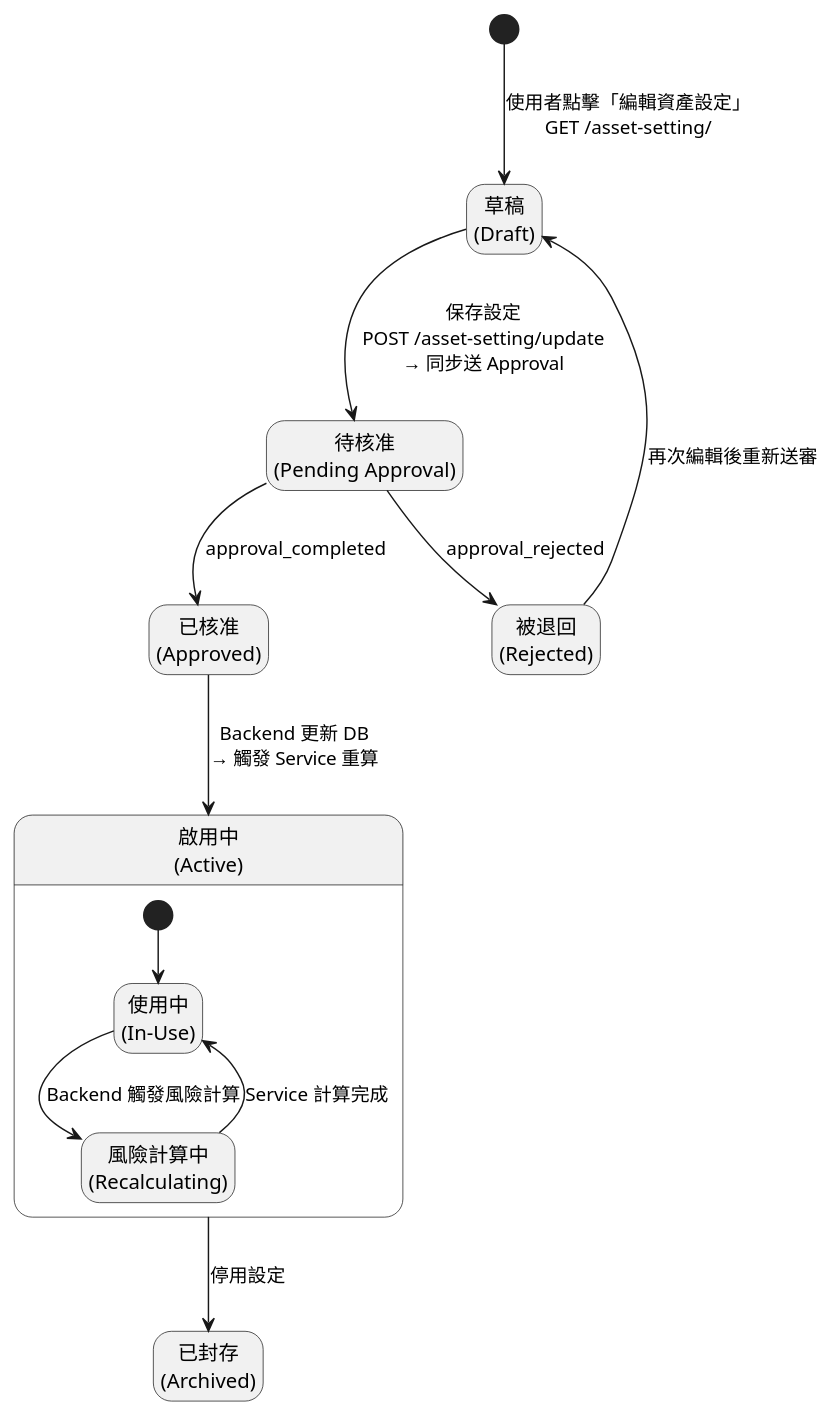
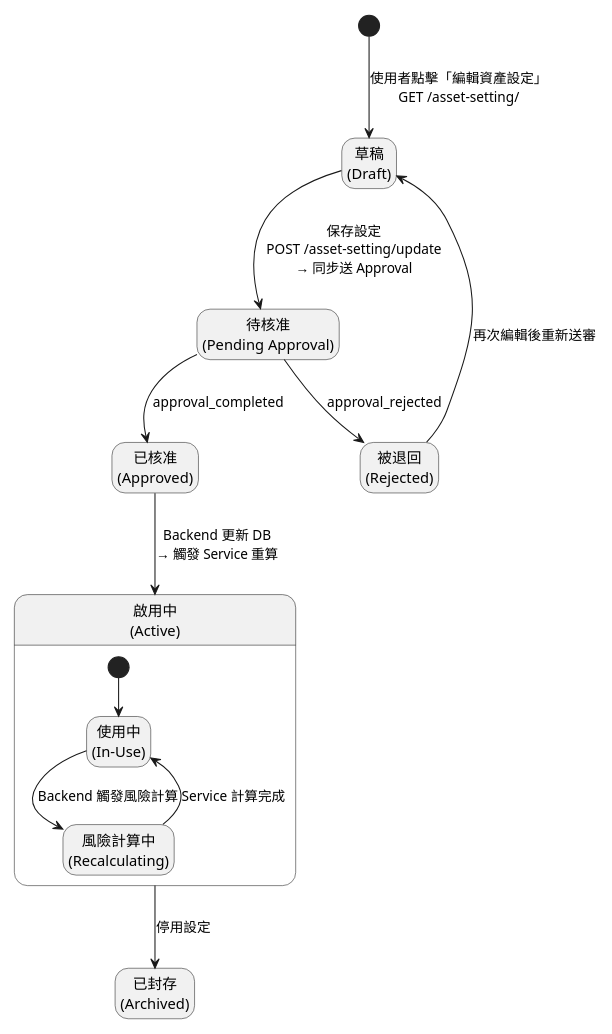
The diagram in plantUML/state/asset_setting.puml (walle45611/NTUB_SecuManag_Diagram), drawn with PlantUML before and after one commit.

Commit message:
調整狀態機圖，新增縮放設定

```diff
--- a/plantUML/state/asset_setting.puml
+++ b/plantUML/state/asset_setting.puml
@@ -1,31 +1,32 @@
 @startuml
 
 hide empty description
+scale 700 height
 
 [*] --> Draft : 使用者點擊「編輯資產設定」\nGET /asset-setting/
 state "草稿\n(Draft)" as Draft <<draft>>
 
 Draft --> PendingApproval : 保存設定\nPOST /asset-setting/update\n→ 同步送 Approval
 state "待核准\n(Pending Approval)" as PendingApproval <<approval>>
 
 PendingApproval --> Approved : approval_completed
 PendingApproval --> Rejected : approval_rejected
 state "被退回\n(Rejected)" as Rejected <<terminal>>
 Rejected --> Draft : 再次編輯後重新送審
 
 state "已核准\n(Approved)" as Approved <<approval>>
 
 state "啟用中\n(Active)" as Active <<active>> {
   [*] --> InUse
   state "使用中\n(In-Use)"        as InUse
   state "風險計算中\n(Recalculating)" as Recalculating
 
   InUse --> Recalculating : Backend 觸發風險計算
   Recalculating --> InUse : Service 計算完成
 }
 
 Approved --> Active : Backend 更新 DB\n→ 觸發 Service 重算
 
 Active --> Archived : 停用設定
 state "已封存\n(Archived)" as Archived <<terminal>>
 @enduml
```
